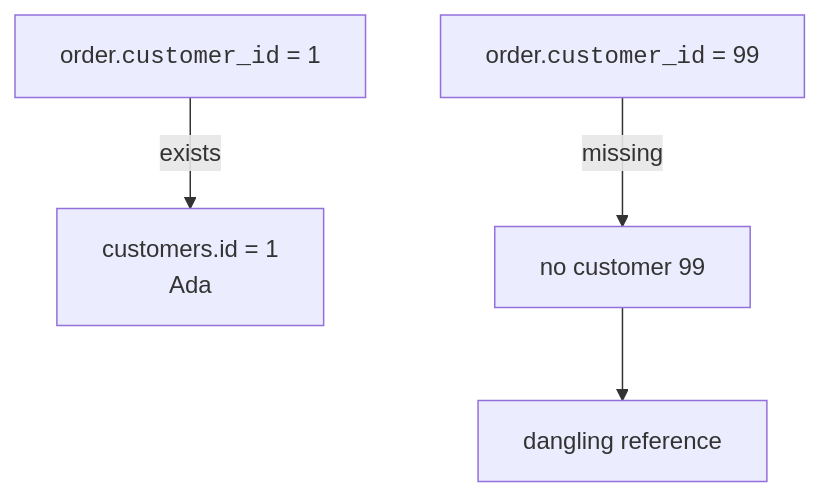
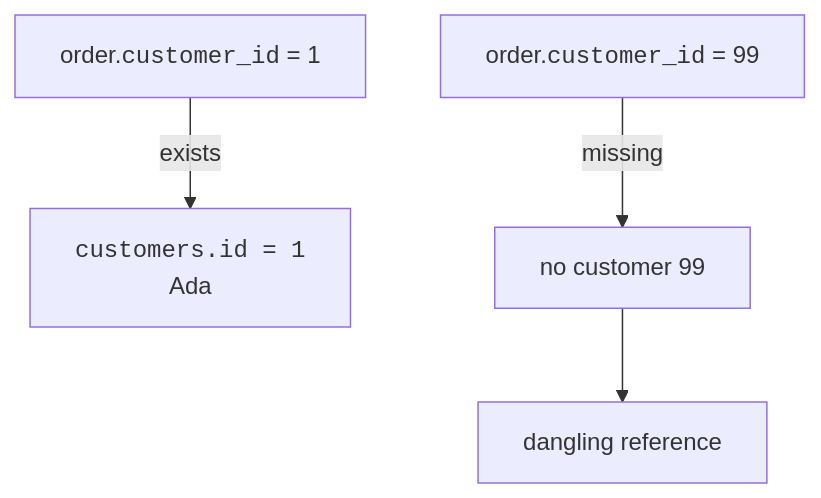
The third of 4 diagrams in content/learn/sqlite-for-beginners/foreign-keys.mdx (dataslope/dataslope), drawn with Mermaid before and after one commit. The commit also changed other lines of this file and 100 other files, not shown here.

First line of the commit message:
Wrap more code in diagram labels: filenames, hex, assignments, subgraph titles

````diff
--- a/content/learn/sqlite-for-beginners/foreign-keys.mdx
+++ b/content/learn/sqlite-for-beginners/foreign-keys.mdx
@@ -90,6 +90,6 @@
 ```mermaid
 flowchart TB
-    Good["order.<code>customer_id</code> = 1"] -->|"exists"| Ada["customers.id = 1<br/>Ada"]
+    Good["order.<code>customer_id</code> = 1"] -->|"exists"| Ada["<code>customers.id = 1</code><br/>Ada"]
     Bad["order.<code>customer_id</code> = 99"] -->|"missing"| Missing["no customer 99"]
     Missing --> Warning["dangling reference"]
 ```
````
